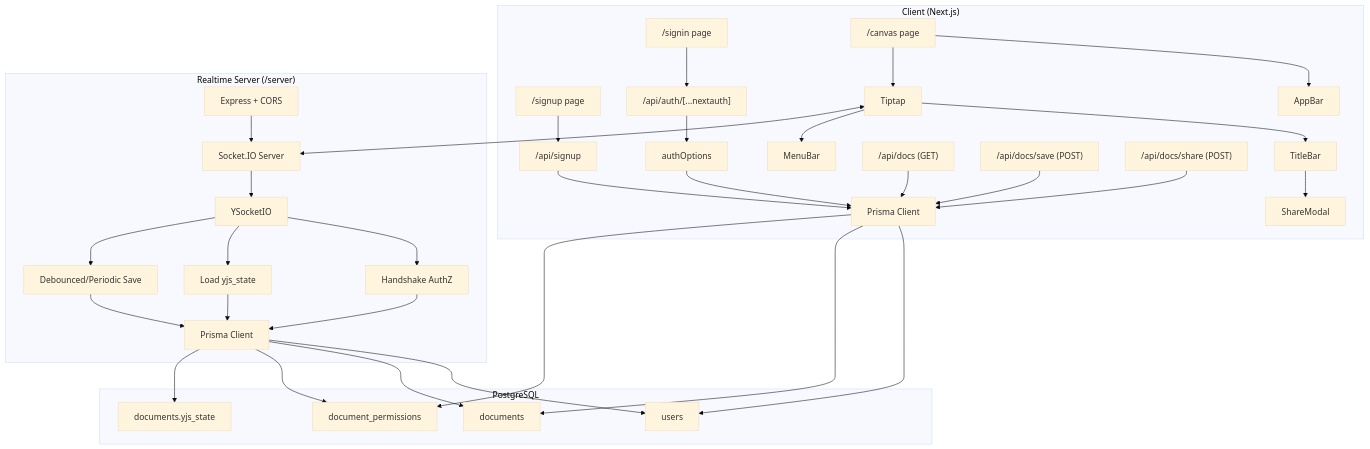
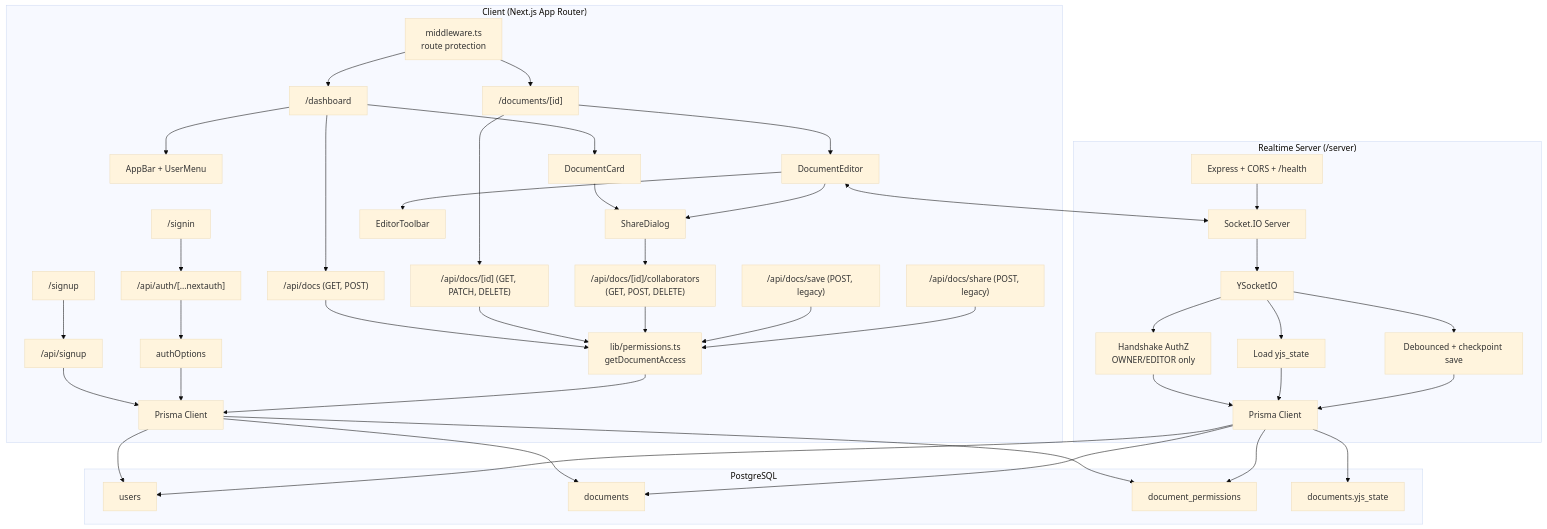
Before and after one commit to Namansingh3264/NexusEditor: the second of 9 diagrams in README.md, drawn with Mermaid (base theme). The commit also changed other lines of this file and 12 other files, not shown here.

````diff
--- a/README.md
+++ b/README.md
@@ -57,33 +59,38 @@
 ```mermaid
 flowchart TB
-    subgraph CLIENT["Client (Next.js)"]
-      SIGNUP_PAGE["/signup page"]
-      SIGNIN_PAGE["/signin page"]
-      CANVAS_PAGE["/canvas page"]
+    subgraph CLIENT["Client (Next.js App Router)"]
+      SIGNUP_PAGE["/signup"]
+      SIGNIN_PAGE["/signin"]
+      DASHBOARD["/dashboard"]
+      DOC_PAGE["/documents/[id]"]
 
-      APPBAR["AppBar"]
-      TITLEBAR["TitleBar"]
-      SHARE_MODAL["ShareModal"]
-      MENU_BAR["MenuBar"]
-      TIPTAP["Tiptap"]
+      MIDDLEWARE["middleware.ts<br/>route protection"]
+      APPBAR["AppBar + UserMenu"]
+      DOC_CARD["DocumentCard"]
+      SHARE_DIALOG["ShareDialog"]
+      EDITOR["DocumentEditor"]
+      TOOLBAR["EditorToolbar"]
 
       AUTH_ROUTE["/api/auth/[...nextauth]"]
       SIGNUP_API["/api/signup"]
-      DOCS_API["/api/docs (GET)"]
-      SAVE_API["/api/docs/save (POST)"]
-      SHARE_API["/api/docs/share (POST)"]
+      DOCS_API["/api/docs (GET, POST)"]
+      DOC_API["/api/docs/[id] (GET, PATCH, DELETE)"]
+      COLLAB_API["/api/docs/[id]/collaborators<br/>(GET, POST, DELETE)"]
+      SAVE_API["/api/docs/save (POST, legacy)"]
+      SHARE_API["/api/docs/share (POST, legacy)"]
 
       AUTH_OPTS["authOptions"]
+      PERMISSIONS["lib/permissions.ts<br/>getDocumentAccess"]
       PRISMA_CLIENT["Prisma Client"]
     end
 
     subgraph COLLAB["Realtime Server (/server)"]
-      EXPRESS["Express + CORS"]
+      EXPRESS["Express + CORS + /health"]
       IO["Socket.IO Server"]
       YSIO["YSocketIO"]
-      HS_AUTH["Handshake AuthZ"]
+      HS_AUTH["Handshake AuthZ<br/>OWNER/EDITOR only"]
       LOAD_STATE["Load yjs_state"]
-      SAVE_STATE["Debounced/Periodic Save"]
+      SAVE_STATE["Debounced + checkpoint save"]
       PRISMA_SERVER["Prisma Client"]
     end
 
@@ -94,26 +101,37 @@
       YSTATE["documents.yjs_state"]
     end
 
+    MIDDLEWARE --> DASHBOARD
+    MIDDLEWARE --> DOC_PAGE
+
     SIGNUP_PAGE --> SIGNUP_API
     SIGNIN_PAGE --> AUTH_ROUTE
-    CANVAS_PAGE --> APPBAR
-    CANVAS_PAGE --> TIPTAP
-    TIPTAP --> TITLEBAR
-    TIPTAP --> MENU_BAR
-    TITLEBAR --> SHARE_MODAL
+    DASHBOARD --> APPBAR
+    DASHBOARD --> DOC_CARD
+    DOC_CARD --> SHARE_DIALOG
+    DOC_PAGE --> EDITOR
+    EDITOR --> TOOLBAR
+    EDITOR --> SHARE_DIALOG
+
+    DASHBOARD --> DOCS_API
+    DOC_PAGE --> DOC_API
+    SHARE_DIALOG --> COLLAB_API
 
     AUTH_ROUTE --> AUTH_OPTS
     SIGNUP_API --> PRISMA_CLIENT
-    DOCS_API --> PRISMA_CLIENT
-    SAVE_API --> PRISMA_CLIENT
-    SHARE_API --> PRISMA_CLIENT
+    DOCS_API --> PERMISSIONS
+    DOC_API --> PERMISSIONS
+    COLLAB_API --> PERMISSIONS
+    SAVE_API --> PERMISSIONS
+    SHARE_API --> PERMISSIONS
     AUTH_OPTS --> PRISMA_CLIENT
+    PERMISSIONS --> PRISMA_CLIENT
 
     PRISMA_CLIENT --> USERS
     PRISMA_CLIENT --> DOCS
     PRISMA_CLIENT --> PERMS
 
-    TIPTAP <--> IO
+    EDITOR <--> IO
     EXPRESS --> IO
     IO --> YSIO
     YSIO --> HS_AUTH
````
